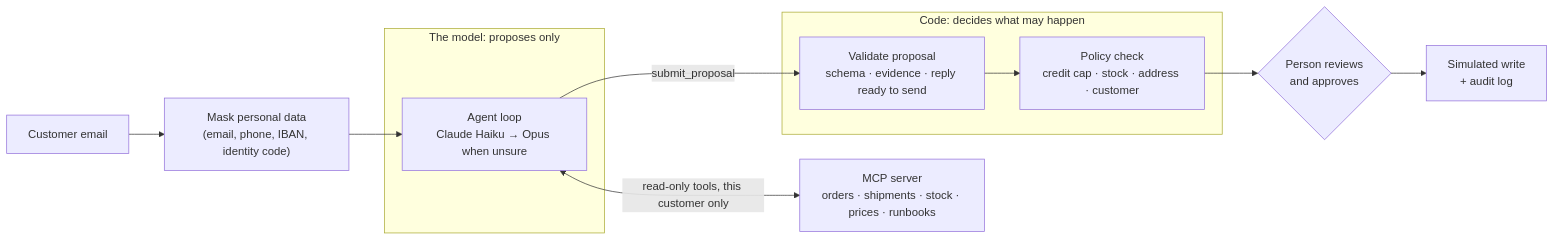
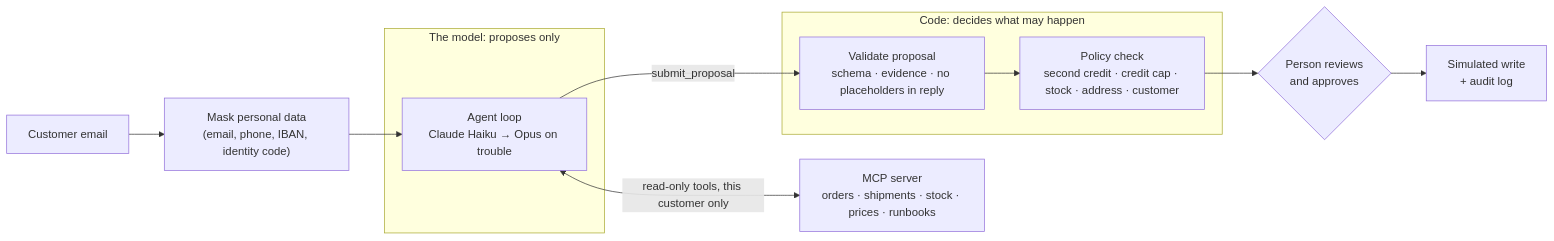
One commit to MedalKing/support-triage-agent changed the diagram in README.md. Above: the diagram before and after it, drawn with Mermaid. The commit also changed other lines of this file and 31 other files, not shown here.

````diff
--- a/README.md
+++ b/README.md
@@ -35,15 +35,15 @@
 ```mermaid
 flowchart LR
     T[Customer email] --> R["Mask personal data<br/>(email, phone, IBAN, identity code)"]
     R --> M
     subgraph untrusted["The model: proposes only"]
-        M["Agent loop<br/>Claude Haiku → Opus when unsure"]
+        M["Agent loop<br/>Claude Haiku → Opus on trouble"]
     end
     M <-->|"read-only tools, this customer only"| E["MCP server<br/>orders · shipments · stock · prices · runbooks"]
     M -->|submit_proposal| V
     subgraph trusted["Code: decides what may happen"]
-        V["Validate proposal<br/>schema · evidence · reply ready to send"] --> P["Policy check<br/>credit cap · stock · address · customer"]
+        V["Validate proposal<br/>schema · evidence · no placeholders in reply"] --> P["Policy check<br/>second credit · credit cap · stock · address · customer"]
     end
     P --> H{"Person reviews<br/>and approves"}
     H --> W["Simulated write<br/>+ audit log"]
 ```
````
